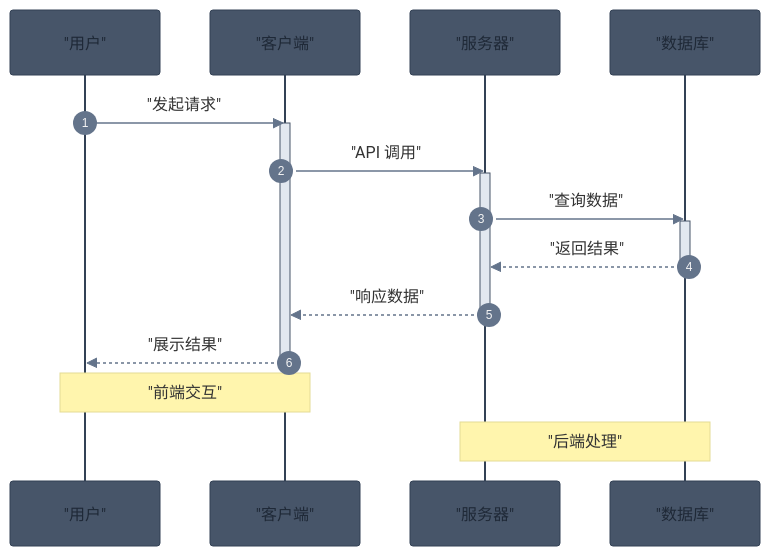
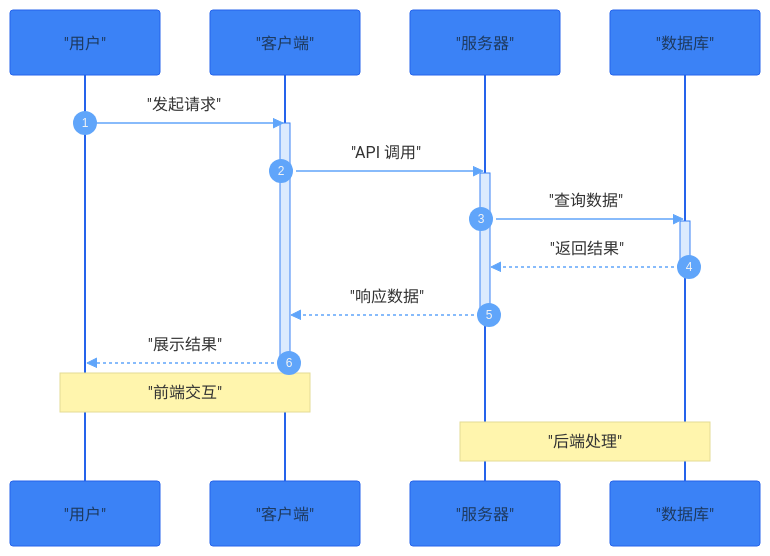
One commit to unix2dos/skills changed the sixth of 17 diagrams in mermaid-generator/SKILL.md. Above: the diagram before and after it, drawn with Mermaid. The commit also changed other lines of this file, not shown here.

Commit message:
feat: Update Mermaid theme colors to a brighter blue palette

````diff
--- a/mermaid-generator/SKILL.md
+++ b/mermaid-generator/SKILL.md
@@ -174,25 +174,25 @@
 ```mermaid
-%%{init: {'theme': 'base', 'themeVariables': {'actorBkg': '#475569', 'actorTextColor': '#1F2937', 'actorBorder': '#334155', 'signalColor': '#64748B', 'activationBkgColor': '#E2E8F0', 'activationBorderColor': '#475569'}}}%%
+%%{init: {'theme': 'base', 'themeVariables': {'actorBkg': '#3B82F6', 'actorTextColor': '#1E3A5F', 'actorBorder': '#2563EB', 'signalColor': '#60A5FA', 'activationBkgColor': '#DBEAFE', 'activationBorderColor': '#3B82F6'}}}%%
 sequenceDiagram
     autonumber
     participant U as "用户"
     participant C as "客户端"
     participant S as "服务器"
     participant D as "数据库"
 
     U->>C: "发起请求"
     activate C
     C->>S: "API 调用"
     activate S
     S->>D: "查询数据"
     activate D
     D-->>S: "返回结果"
     deactivate D
     S-->>C: "响应数据"
     deactivate S
     C-->>U: "展示结果"
     deactivate C
 
     Note over U,C: "前端交互"
     Note over S,D: "后端处理"
 ```
````
